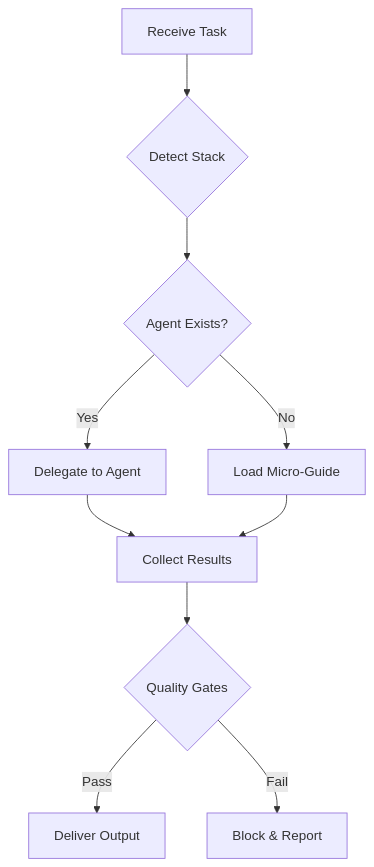
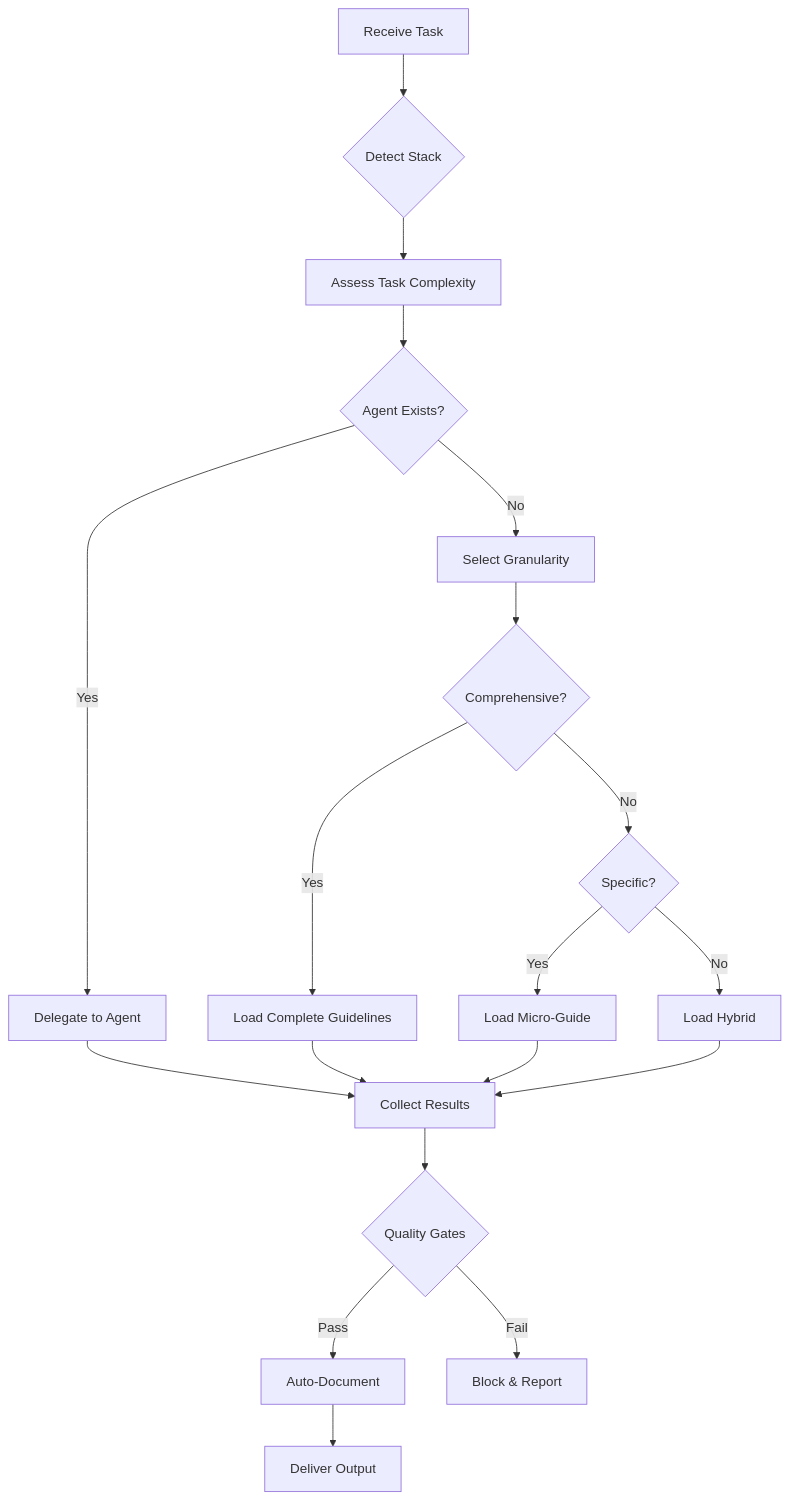
Before and after one commit to padosoft/ai-standards-kit: the diagram in ai/.claude/agents/global/task-router.md, drawn with Mermaid. The commit also changed other lines of this file and 14 other files, not shown here.

````diff
--- a/ai/.claude/agents/global/task-router.md
+++ b/ai/.claude/agents/global/task-router.md
@@ -94,12 +154,21 @@
 ```mermaid
 graph TD
     A[Receive Task] --> B{Detect Stack}
-    B --> C{Agent Exists?}
-    C -->|Yes| D[Delegate to Agent]
-    C -->|No| E[Load Micro-Guide]
-    D --> F[Collect Results]
-    E --> F
-    F --> G{Quality Gates}
-    G -->|Pass| H[Deliver Output]
-    G -->|Fail| I[Block & Report]
+    B --> C[Assess Task Complexity]
+    C --> D{Agent Exists?}
+    D -->|Yes| E[Delegate to Agent]
+    D -->|No| F[Select Granularity]
+    F --> G{Comprehensive?}
+    G -->|Yes| H[Load Complete Guidelines]
+    G -->|No| I{Specific?}
+    I -->|Yes| J[Load Micro-Guide]
+    I -->|No| K[Load Hybrid]
+    E --> L[Collect Results]
+    H --> L
+    J --> L
+    K --> L
+    L --> M{Quality Gates}
+    M -->|Pass| N[Auto-Document]
+    M -->|Fail| O[Block & Report]
+    N --> P[Deliver Output]
 ```
````
